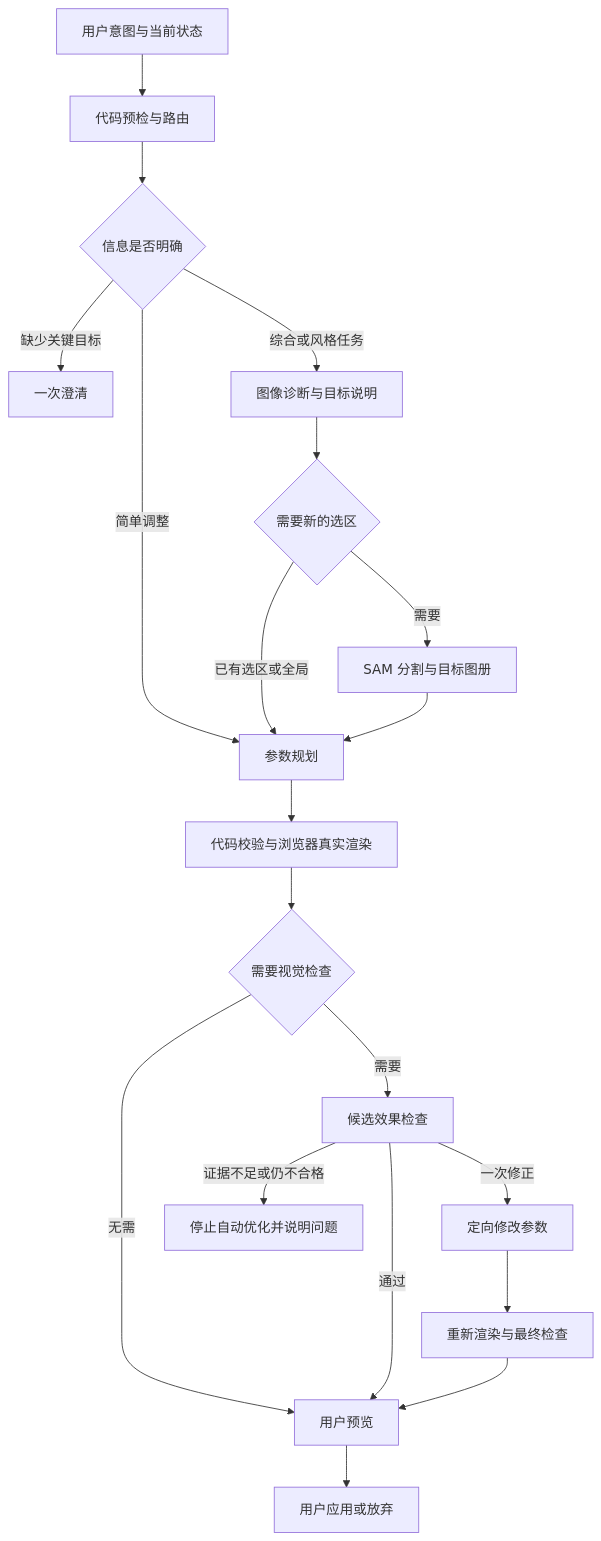
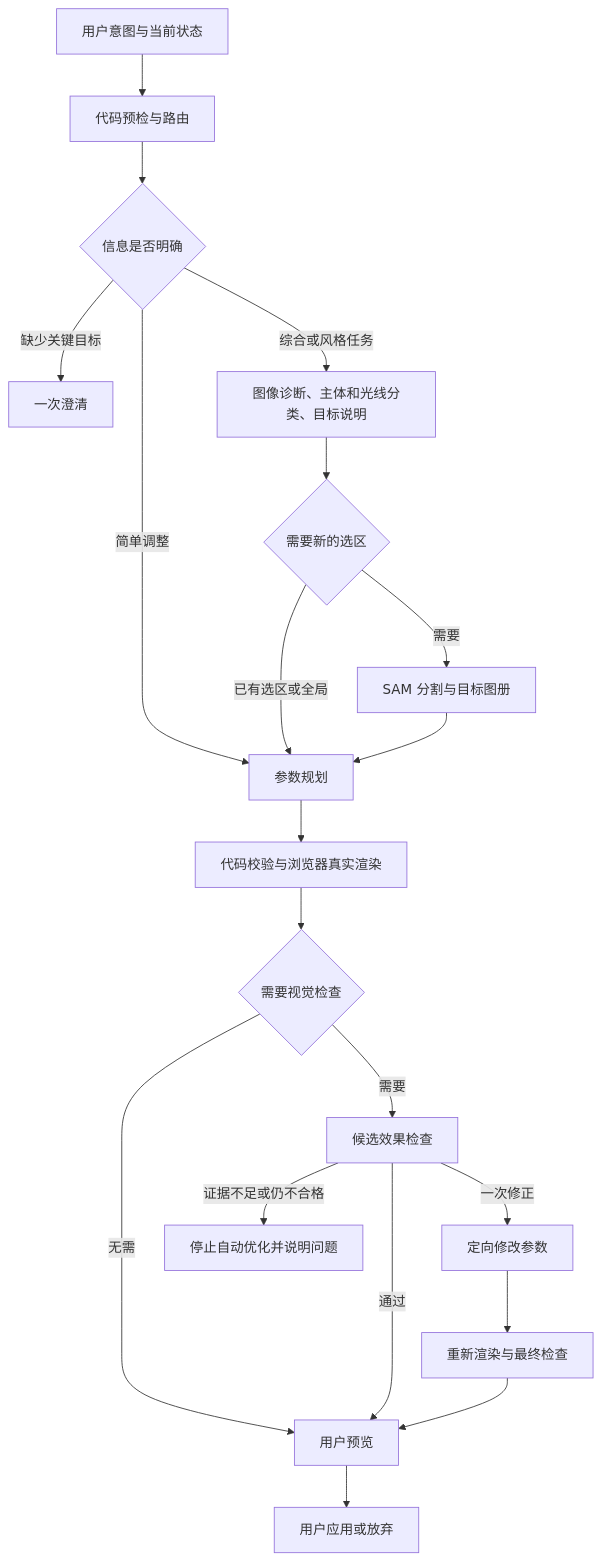
Before and after one commit to ZeroTang05/photo-copilot: the diagram in docs/AI-COLOR-WORKFLOW-V2.md, drawn with Mermaid. The commit also changed other lines of this file and 19 other files, not shown here.

````diff
--- a/docs/AI-COLOR-WORKFLOW-V2.md
+++ b/docs/AI-COLOR-WORKFLOW-V2.md
@@ -31,22 +31,22 @@
 ```mermaid
 flowchart TD
   A[用户意图与当前状态] --> B[代码预检与路由]
   B --> C{信息是否明确}
   C -->|缺少关键目标| D[一次澄清]
   C -->|简单调整| H[参数规划]
-  C -->|综合或风格任务| E[图像诊断与目标说明]
+  C -->|综合或风格任务| E[图像诊断、主体和光线分类、目标说明]
   E --> F{需要新的选区}
   F -->|需要| G[SAM 分割与目标图册]
   F -->|已有选区或全局| H
   G --> H
   H --> I[代码校验与浏览器真实渲染]
   I --> J{需要视觉检查}
   J -->|需要| K[候选效果检查]
   J -->|无需| N[用户预览]
   K -->|通过| N
   K -->|一次修正| L[定向修改参数]
   L --> M[重新渲染与最终检查]
   M --> N
   K -->|证据不足或仍不合格| O[停止自动优化并说明问题]
   N --> P[用户应用或放弃]
 ```
````
